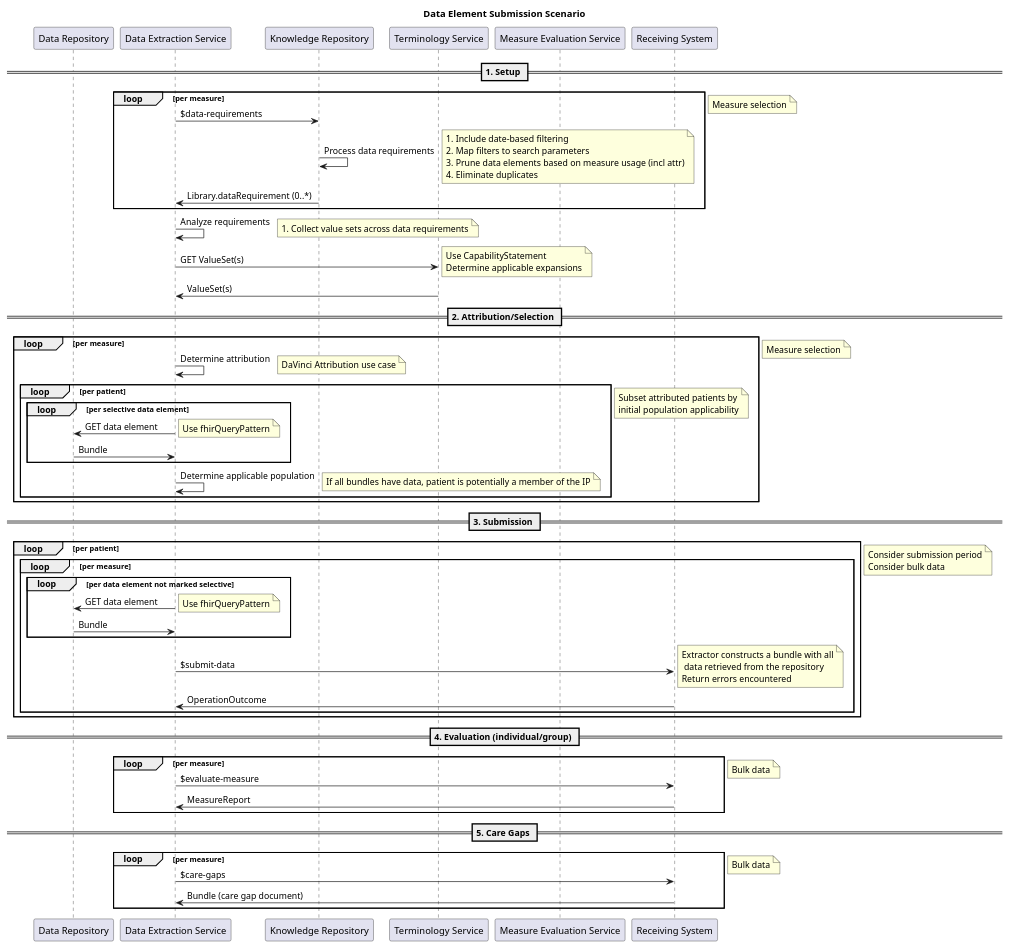
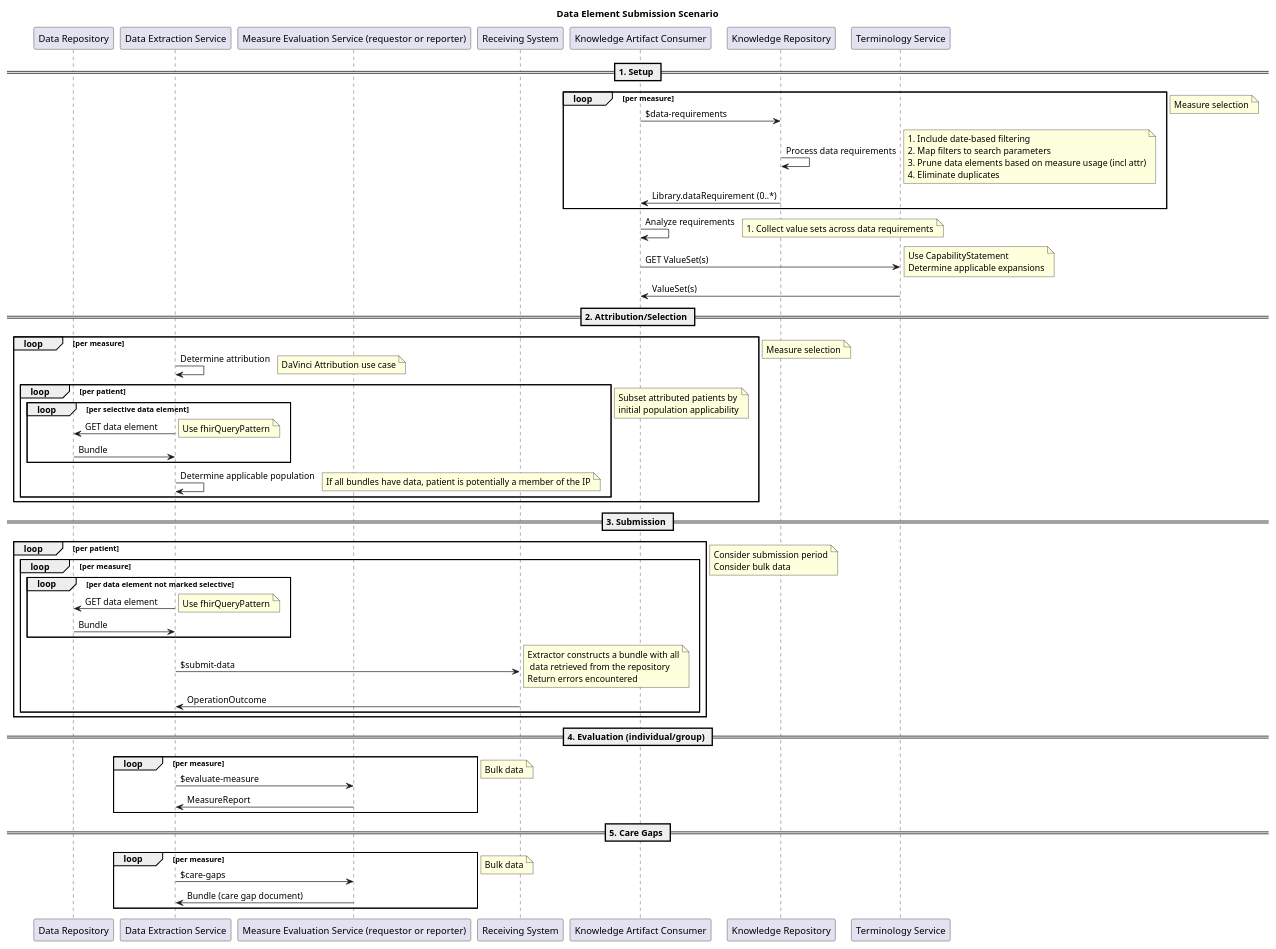
The diagram in diagrams/data-element-submission.puml (HL7/cqf-measures), drawn with PlantUML before and after one commit. The commit also changed 2 other files, not shown here.

Commit message:
FHIR-43681 - Updated Sequence diagram on capabilities to add new actors and updated flow

```diff
--- a/diagrams/data-element-submission.puml
+++ b/diagrams/data-element-submission.puml
@@ -1,69 +1,70 @@
 @startuml Data_Element_Submission_Scenario
 title Data Element Submission Scenario
 participant "Data Repository" as DR
 participant "Data Extraction Service" as Extractor
+participant "Measure Evaluation Service (requestor or reporter)" as Evaluator
+participant "Receiving System" as Receiver
+participant "Knowledge Artifact Consumer" as Consumer
 participant "Knowledge Repository" as KR
 participant "Terminology Service" as TS
-participant "Measure Evaluation Service" as Evaluator
-participant "Receiving System" as Receiver
 
 == 1. Setup ==
 loop per measure
-    Extractor -> KR: $data-requirements
+    Consumer -> KR: $data-requirements
     KR -> KR: Process data requirements
     note right: 1. Include date-based filtering\n2. Map filters to search parameters\n3. Prune data elements based on measure usage (incl attr)\n4. Eliminate duplicates
-    KR -> Extractor: Library.dataRequirement (0..*)
+    KR -> Consumer: Library.dataRequirement (0..*)
 end
 note right: Measure selection
-Extractor -> Extractor: Analyze requirements
+Consumer -> Consumer: Analyze requirements
 note right: 1. Collect value sets across data requirements
-Extractor -> TS: GET ValueSet(s)
+Consumer -> TS: GET ValueSet(s)
 note right: Use CapabilityStatement\nDetermine applicable expansions
-TS -> Extractor: ValueSet(s)
+TS -> Consumer: ValueSet(s)
 
 == 2. Attribution/Selection ==
 loop per measure
     Extractor -> Extractor: Determine attribution
     note right: DaVinci Attribution use case
     loop per patient
         loop per selective data element
             Extractor -> DR: GET data element
             note right: Use fhirQueryPattern
             DR -> Extractor: Bundle
         end
         Extractor -> Extractor: Determine applicable population
         note right: If all bundles have data, patient is potentially a member of the IP
     end
     note right: Subset attributed patients by\ninitial population applicability
 end
 note right: Measure selection
 
 == 3. Submission ==
 loop per patient
     loop per measure
         loop per data element not marked selective
             Extractor -> DR: GET data element
             note right: Use fhirQueryPattern
             DR -> Extractor: Bundle
         end
         Extractor -> Receiver: $submit-data
         note right: Extractor constructs a bundle with all\n data retrieved from the repository\nReturn errors encountered
         Receiver -> Extractor: OperationOutcome
     end
 end
 note right: Consider submission period\nConsider bulk data
 
 == 4. Evaluation (individual/group) ==
 loop per measure
-    Extractor -> Receiver: $evaluate-measure
-    Receiver -> Extractor: MeasureReport
+    Extractor -> Evaluator: $evaluate-measure
+    Evaluator -> Extractor: MeasureReport
 end
 note right: Bulk data
 
 == 5. Care Gaps ==
 loop per measure
-    Extractor -> Receiver: $care-gaps
-    Receiver -> Extractor: Bundle (care gap document)
+    Extractor -> Evaluator: $care-gaps
+    Evaluator -> Extractor: Bundle (care gap document)
 end
 note right: Bulk data
 @enduml
```
